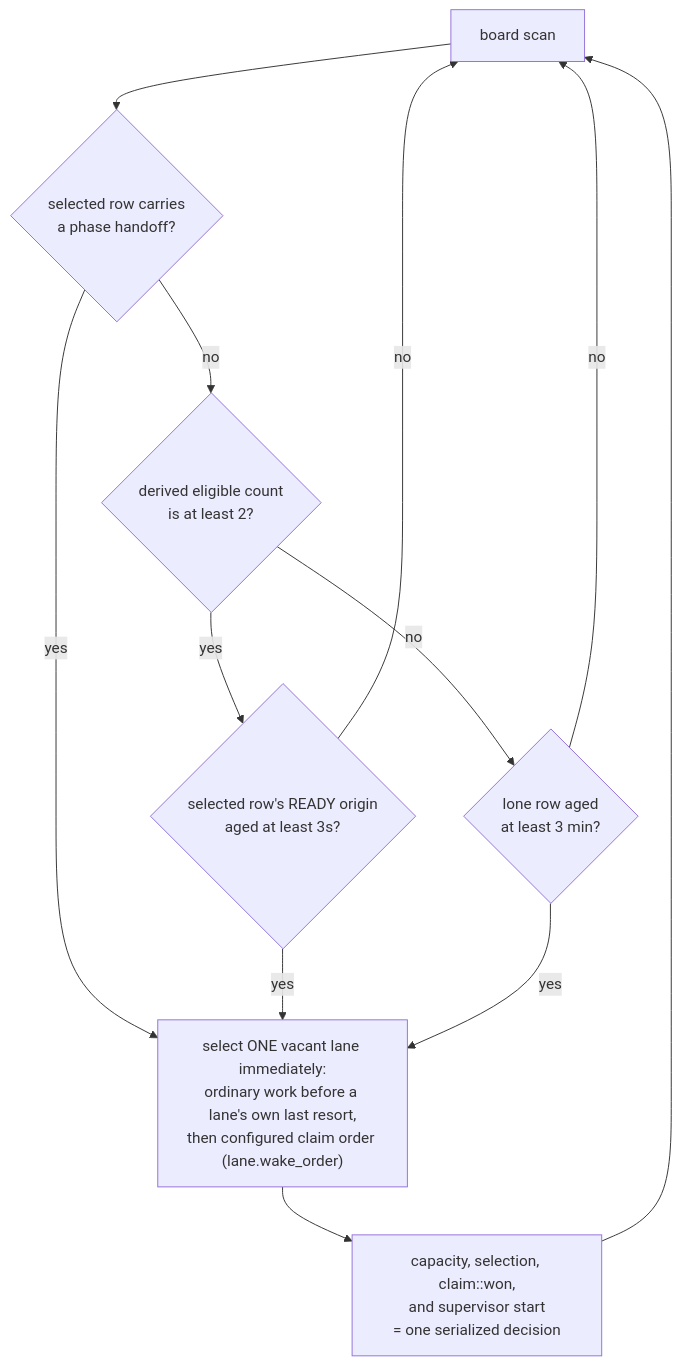
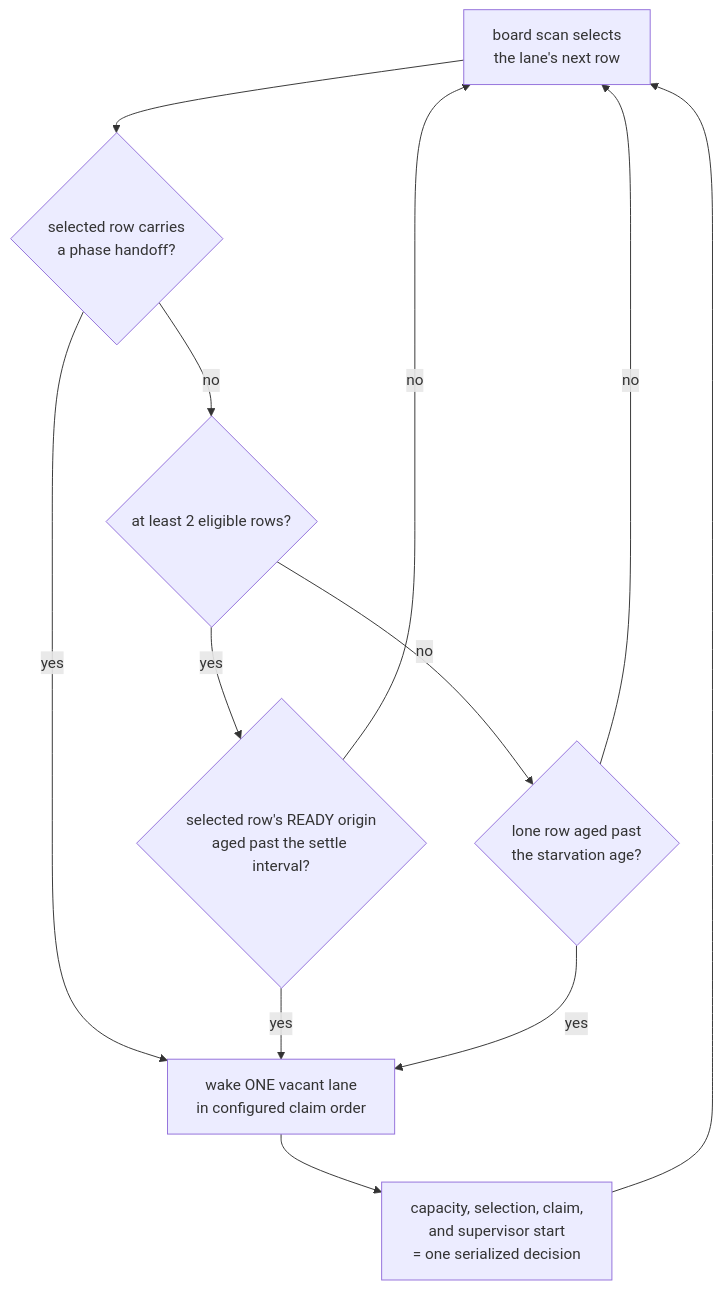
Diagram 11 of 14 in docs/product/loops.md (infimalabs/spice-rust), drawn with Mermaid before and after one commit. The commit also changed other lines of this file and 1 other file, not shown here.

````diff
--- a/docs/product/loops.md
+++ b/docs/product/loops.md
@@ -339,14 +202,14 @@
 ```mermaid
 flowchart TD
-  B["board scan"] --> H{"selected row carries<br/>a phase handoff?"}
-  H -- yes --> W["select ONE vacant lane immediately:<br/>ordinary work before a lane's own last resort,<br/>then configured claim order (lane.wake_order)"]
-  H -- no --> R{"derived eligible count<br/>is at least 2?"}
-  R -- yes --> S{"selected row's READY origin<br/>aged at least 3s?"}
-  R -- no --> L{"lone row aged<br/>at least 3 min?"}
+  B["board scan selects<br/>the lane's next row"] --> H{"selected row carries<br/>a phase handoff?"}
+  H -- yes --> W["wake ONE vacant lane<br/>in configured claim order"]
+  H -- no --> R{"at least 2 eligible rows?"}
+  R -- yes --> S{"selected row's READY origin<br/>aged past the settle interval?"}
+  R -- no --> L{"lone row aged past<br/>the starvation age?"}
   S -- yes --> W
   S -- no --> B
   L -- yes --> W
   L -- no --> B
-  W --> C["capacity, selection, claim::won,<br/>and supervisor start<br/>= one serialized decision"]
+  W --> C["capacity, selection, claim,<br/>and supervisor start<br/>= one serialized decision"]
   C --> B
 ```
````
